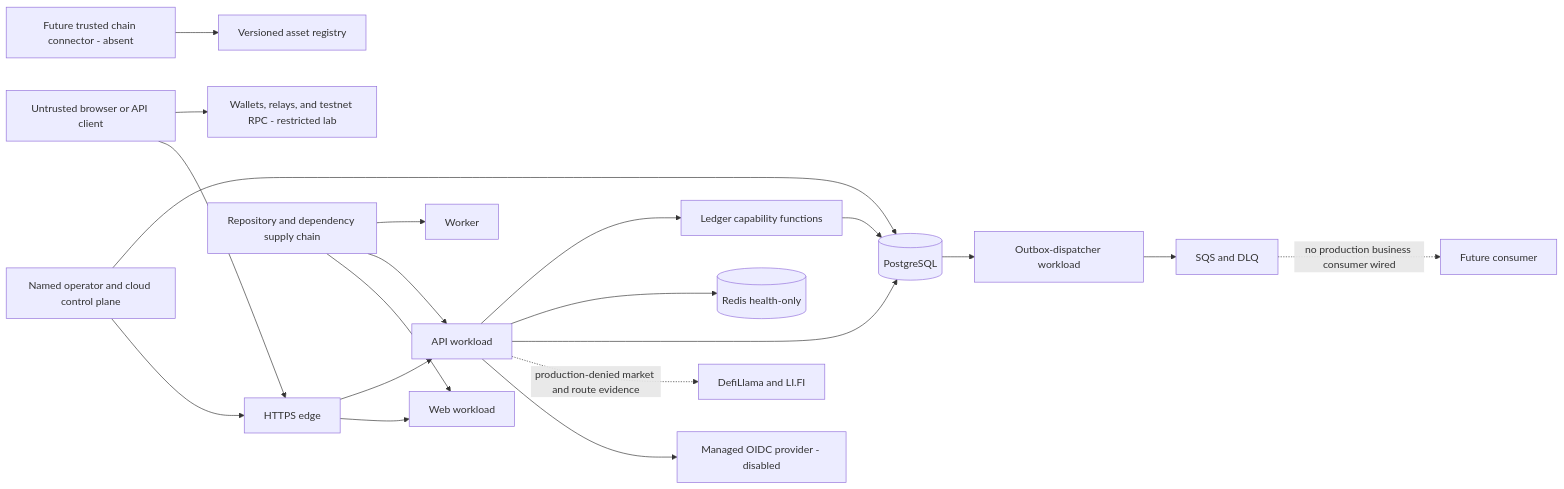
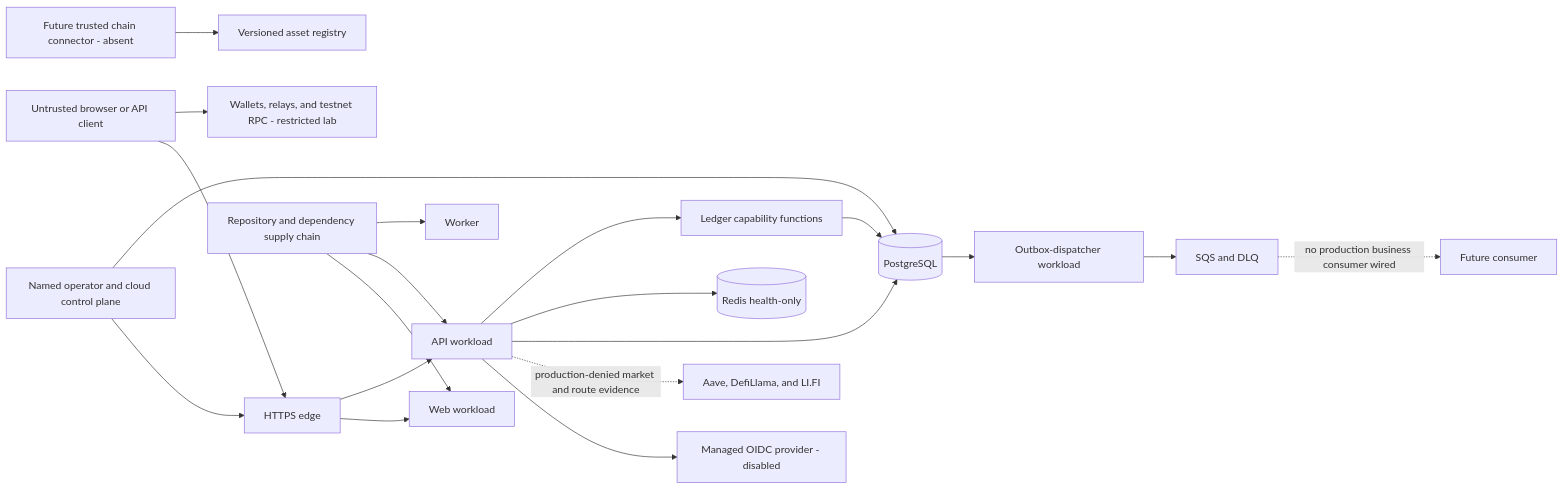
The diagram in docs/security/threat-model.md (BurstCrypto/Crypto-lending), drawn with Mermaid before and after one commit. The commit also changed other lines of this file and 28 other files, not shown here.

````diff
--- a/docs/security/threat-model.md
+++ b/docs/security/threat-model.md
@@ -45,22 +45,22 @@
 ```mermaid
 flowchart LR
   Client[Untrusted browser or API client] --> Edge[HTTPS edge]
   Edge --> Web[Web workload]
   Edge --> API[API workload]
   API --> IdP[Managed OIDC provider - disabled]
-  API -. production-denied market and route evidence .-> FeedVendors[DefiLlama and LI.FI]
+  API -. production-denied market and route evidence .-> FeedVendors[Aave, DefiLlama, and LI.FI]
   Client --> Wallet[Wallets, relays, and testnet RPC - restricted lab]
   API --> DB[(PostgreSQL)]
   API --> Redis[(Redis health-only)]
   DB --> Dispatcher[Outbox-dispatcher workload]
   Dispatcher --> Queue[SQS and DLQ]
   Queue -. no production business consumer wired .-> FutureConsumer[Future consumer]
   API --> Ledger[Ledger capability functions]
   Ledger --> DB
   Connector[Future trusted chain connector - absent] --> Registry[Versioned asset registry]
   Operator[Named operator and cloud control plane] --> Edge
   Operator --> DB
   Repository[Repository and dependency supply chain] --> Web
   Repository --> API
   Repository --> Worker
 ```
````
